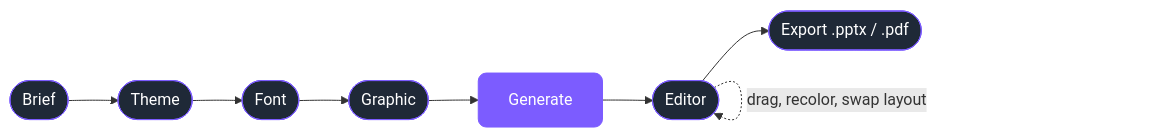
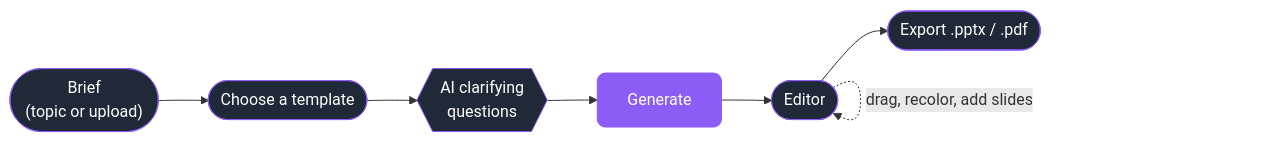
The first of 2 diagrams in README.md (izhan0102/Deckflow), drawn with Mermaid before and after one commit. The commit also changed other lines of this file and 20 other files, not shown here.

````diff
--- a/README.md
+++ b/README.md
@@ -11,16 +11,16 @@
 ```mermaid
 flowchart LR
-    A(["Brief"]) --> B(["Theme"])
-    B --> C(["Font"])
-    C --> D(["Graphic"])
-    D --> E["Generate"]
-    E --> F(["Editor"])
-    F --> G(["Export .pptx / .pdf"])
-    F -. "chat: rewrite slide 3" .-> F
-    F -. "drag, recolor, swap layout" .-> F
+    A(["Brief<br/>(topic or upload)"]) --> B(["Choose a template"])
+    B --> C{{"AI clarifying<br/>questions"}}
+    C --> D["Generate"]
+    D --> E(["Editor"])
+    E --> F(["Export .pptx / .pdf"])
+    E -. "chat: rewrite slide 3" .-> E
+    E -. "change density / template" .-> E
+    E -. "drag, recolor, add slides" .-> E
 
-    classDef step fill:#1f2937,stroke:#7c5cff,color:#fff,rx:8
-    classDef action fill:#7c5cff,stroke:#7c5cff,color:#fff,rx:8
-    class A,B,C,D,F,G step
-    class E action
+    classDef step fill:#1f2937,stroke:#8b5cf6,color:#fff,rx:8
+    classDef action fill:#8b5cf6,stroke:#8b5cf6,color:#fff,rx:8
+    class A,B,C,E,F step
+    class D action
 ```
````
